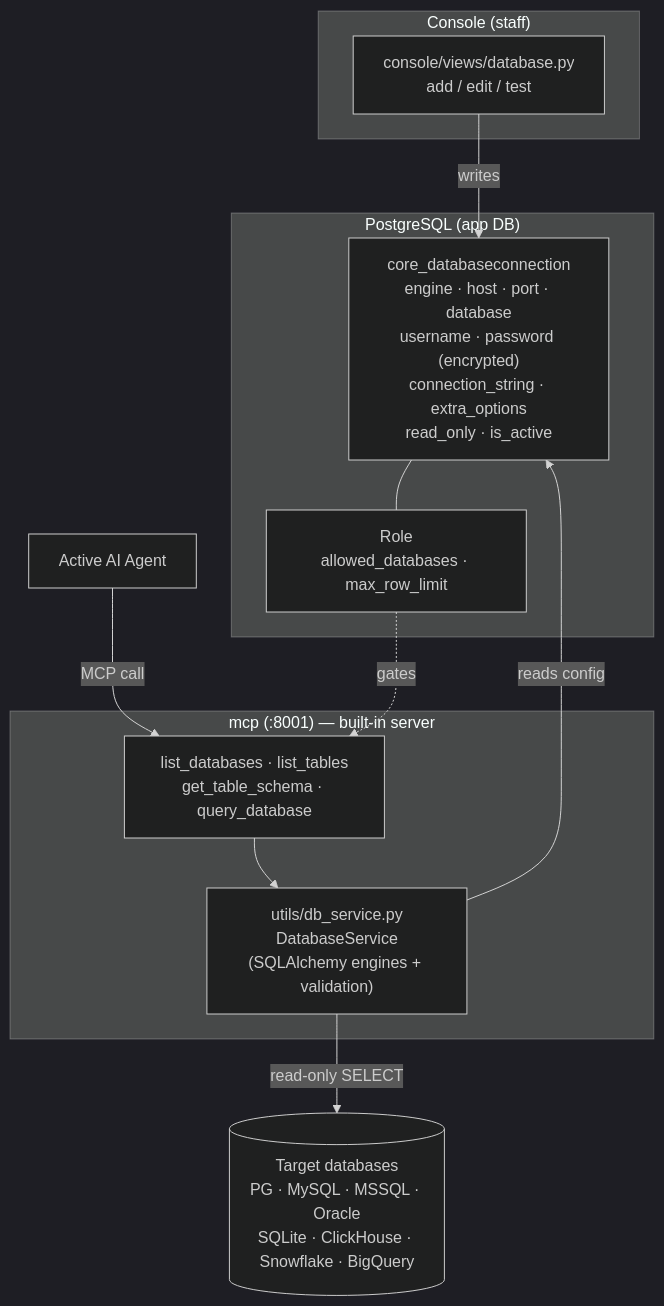
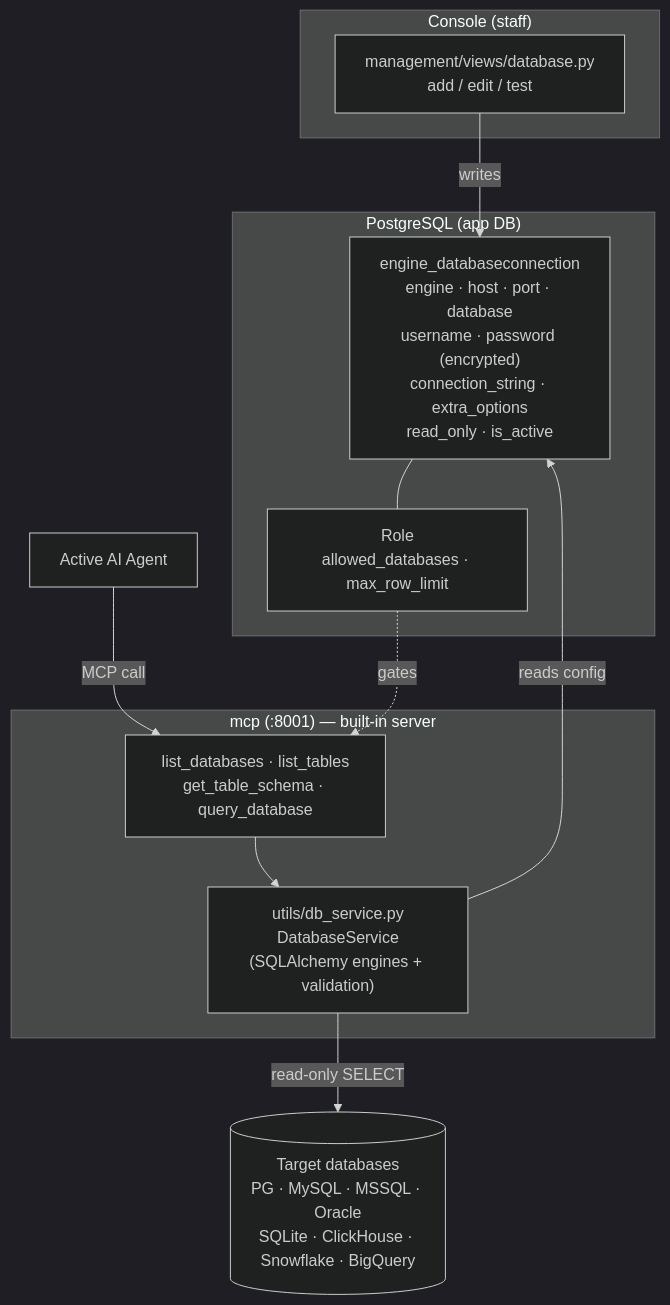
Before and after one commit to mpospirit-apps/TetherDust: the diagram in documentations/TetherDust Documentation/2. Features/10. Databases.md, drawn with Mermaid (dark theme). The commit also changed other lines of this file and 341 other files, not shown here.

Commit message:
chore: rename Django apps (core -> engine, portal -> workspace, console -> management)

````diff
--- a/documentations/TetherDust Documentation/2. Features/10. Databases.md
+++ b/documentations/TetherDust Documentation/2. Features/10. Databases.md
@@ -35,27 +35,27 @@
 ```mermaid
 flowchart TD
-    subgraph console["Console (staff)"]
-        Form["console/views/database.py\nadd / edit / test"]
+    subgraph management["Console (staff)"]
+        Form["management/views/database.py\nadd / edit / test"]
     end
 
     subgraph db["PostgreSQL (app DB)"]
-        Model["core_databaseconnection\nengine · host · port · database\nusername · password (encrypted)\nconnection_string · extra_options\nread_only · is_active"]
+        Model["engine_databaseconnection\nengine · host · port · database\nusername · password (encrypted)\nconnection_string · extra_options\nread_only · is_active"]
         Role["Role\nallowed_databases · max_row_limit"]
         Model --- Role
     end
 
     subgraph mcp["mcp (:8001) — built-in server"]
         Tools["list_databases · list_tables\nget_table_schema · query_database"]
         Service["utils/db_service.py\nDatabaseService\n(SQLAlchemy engines + validation)"]
     end
 
     Targets[("Target databases\nPG · MySQL · MSSQL · Oracle\nSQLite · ClickHouse · Snowflake · BigQuery")]
     Agent["Active AI Agent"]
 
     Form -->|writes| Model
     Agent -->|MCP call| Tools
     Tools --> Service
     Service -->|reads config| Model
     Service -->|read-only SELECT| Targets
     Role -. gates .-> Tools
 ```
````
